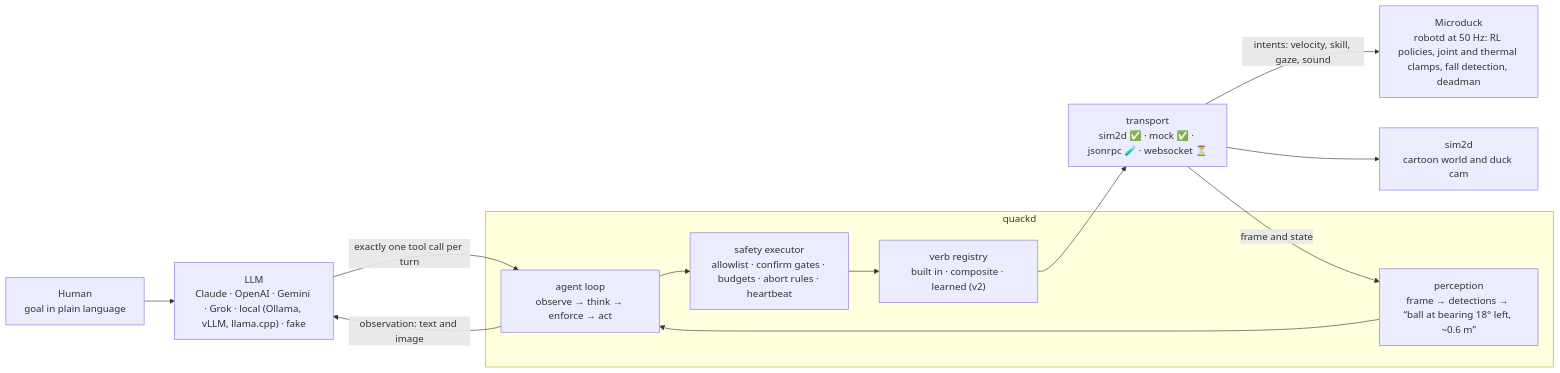
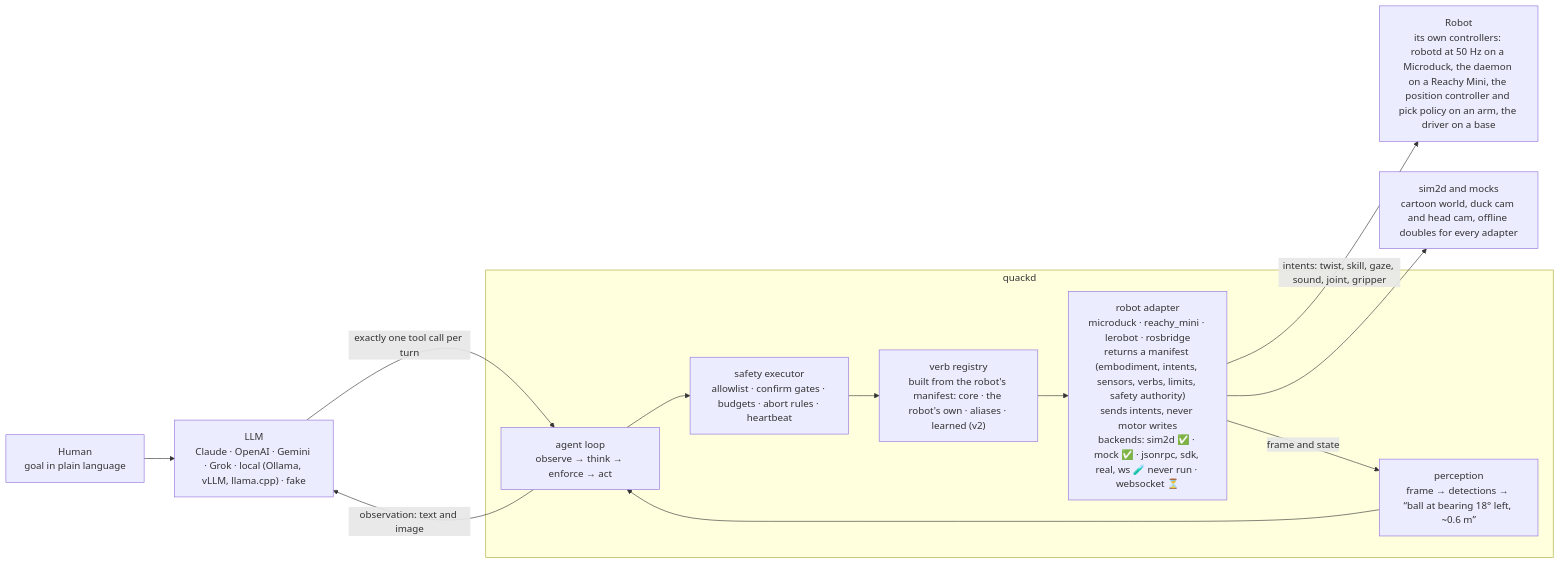
Before and after one commit to gianlucamazza/quackd: the second of 3 diagrams in README.md, drawn with Mermaid. The commit also changed other lines of this file and 2 other files, not shown here.

````diff
--- a/README.md
+++ b/README.md
@@ -172,21 +191,21 @@
 ```mermaid
 flowchart LR
     HUMAN["Human<br/>goal in plain language"]
     LLM["LLM<br/>Claude · OpenAI · Gemini · Grok · local (Ollama, vLLM, llama.cpp) · fake"]
     subgraph quackd
         LOOP["agent loop<br/>observe → think → enforce → act"]
         EXEC["safety executor<br/>allowlist · confirm gates · budgets · abort rules · heartbeat"]
-        VERBS["verb registry<br/>built in · composite · learned (v2)"]
+        VERBS["verb registry<br/>built from the robot's manifest: core · the robot's own · aliases · learned (v2)"]
         PERC["perception<br/>frame → detections → “ball at bearing 18° left, ~0.6 m”"]
+        ADAPTER["robot adapter<br/>microduck · reachy_mini · lerobot · rosbridge<br/>returns a manifest (embodiment, intents, sensors, verbs, limits, safety authority)<br/>sends intents, never motor writes<br/>backends: sim2d ✅ · mock ✅ · jsonrpc, sdk, real, ws 🧪 never run · websocket ⏳"]
     end
-    TRANSPORT["transport<br/>sim2d ✅ · mock ✅ · jsonrpc 🧪 · websocket ⏳"]
-    ROBOT["Microduck<br/>robotd at 50 Hz: RL policies, joint and thermal clamps, fall detection, deadman"]
-    SIM["sim2d<br/>cartoon world and duck cam"]
+    ROBOT["Robot<br/>its own controllers: robotd at 50 Hz on a Microduck, the daemon on a Reachy Mini, the position controller and pick policy on an arm, the driver on a base"]
+    SIM["sim2d and mocks<br/>cartoon world, duck cam and head cam, offline doubles for every adapter"]
     HUMAN --> LLM
     LLM -- "exactly one tool call per turn" --> LOOP
-    LOOP --> EXEC --> VERBS --> TRANSPORT
-    TRANSPORT -- "intents: velocity, skill, gaze, sound" --> ROBOT
-    TRANSPORT --> SIM
-    TRANSPORT -- "frame and state" --> PERC --> LOOP
+    LOOP --> EXEC --> VERBS --> ADAPTER
+    ADAPTER -- "intents: twist, skill, gaze, sound, joint, gripper" --> ROBOT
+    ADAPTER --> SIM
+    ADAPTER -- "frame and state" --> PERC --> LOOP
     LOOP -- "observation: text and image" --> LLM
 ```
````
